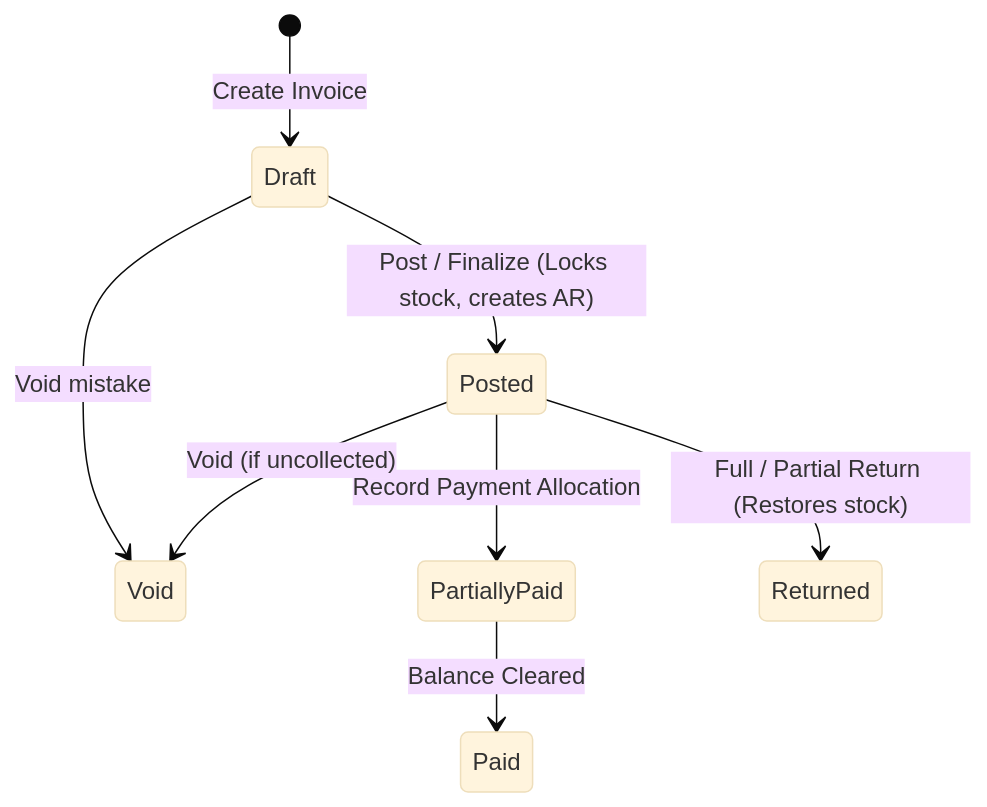
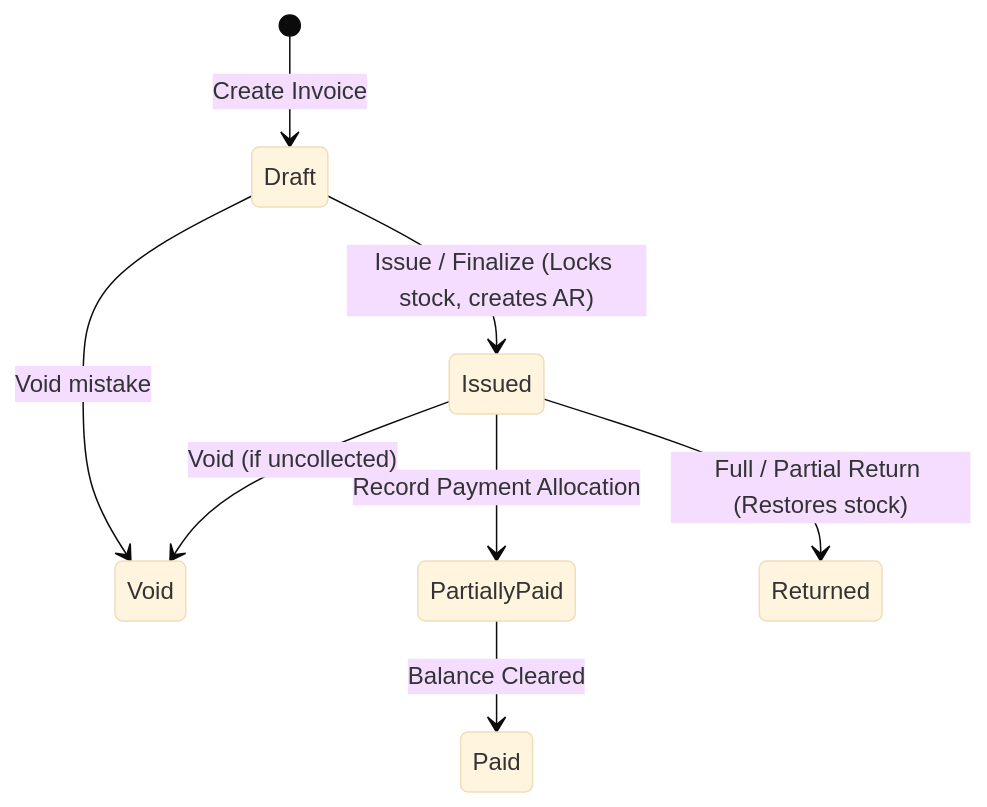
The first of 3 diagrams in doc/sales_invoice/SALES_INVOICE.md (david-git-2/brandwala-wholesale-quasar-v2), drawn with Mermaid (base theme) before and after one commit. The commit also changed other lines of this file and 51 other files, not shown here.

````diff
--- a/doc/sales_invoice/SALES_INVOICE.md
+++ b/doc/sales_invoice/SALES_INVOICE.md
@@ -22,10 +22,10 @@
 ```mermaid
 stateDiagram-v2
     [*] --> Draft : Create Invoice
-    Draft --> Posted : Post / Finalize (Locks stock, creates AR)
+    Draft --> Issued : Issue / Finalize (Locks stock, creates AR)
     Draft --> Void : Void mistake
-    Posted --> PartiallyPaid : Record Payment Allocation
+    Issued --> PartiallyPaid : Record Payment Allocation
     PartiallyPaid --> Paid : Balance Cleared
-    Posted --> Returned : Full / Partial Return (Restores stock)
-    Posted --> Void : Void (if uncollected)
+    Issued --> Returned : Full / Partial Return (Restores stock)
+    Issued --> Void : Void (if uncollected)
 ```
````
